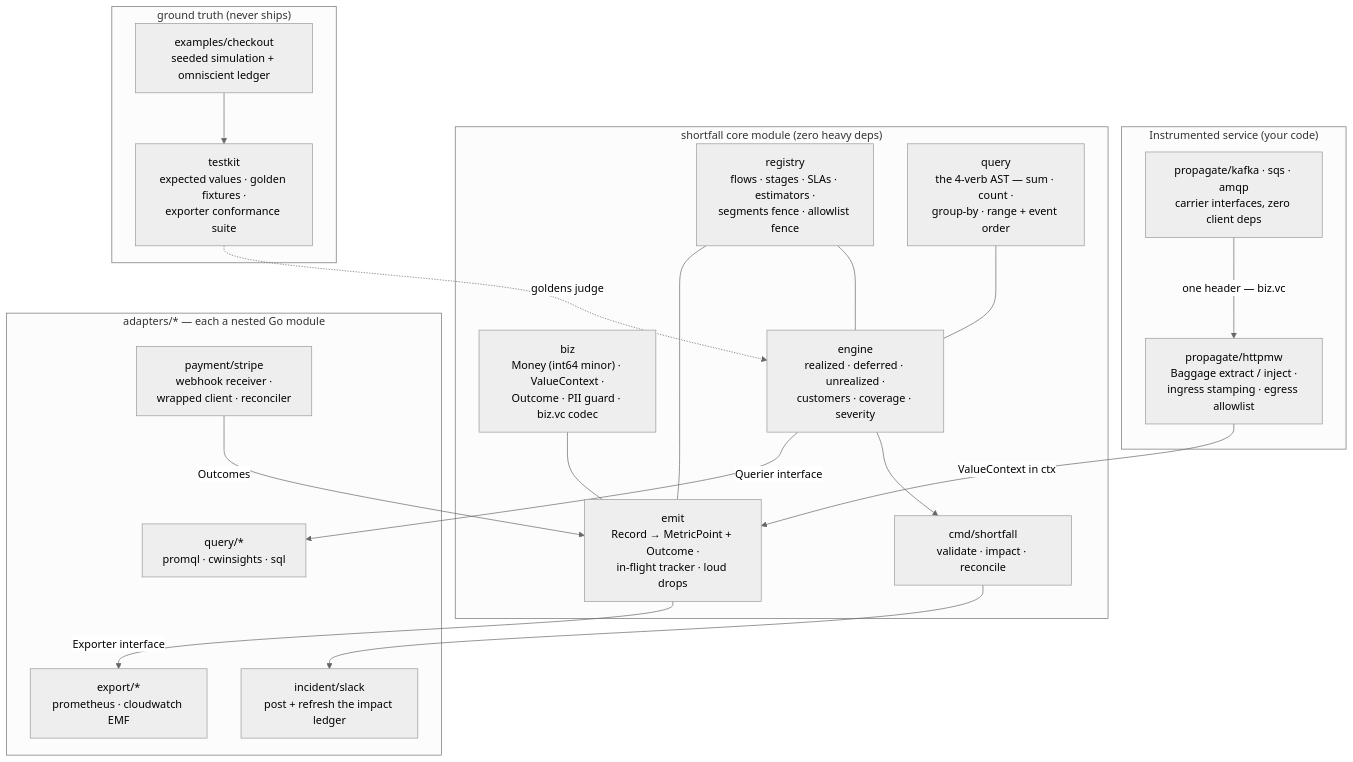
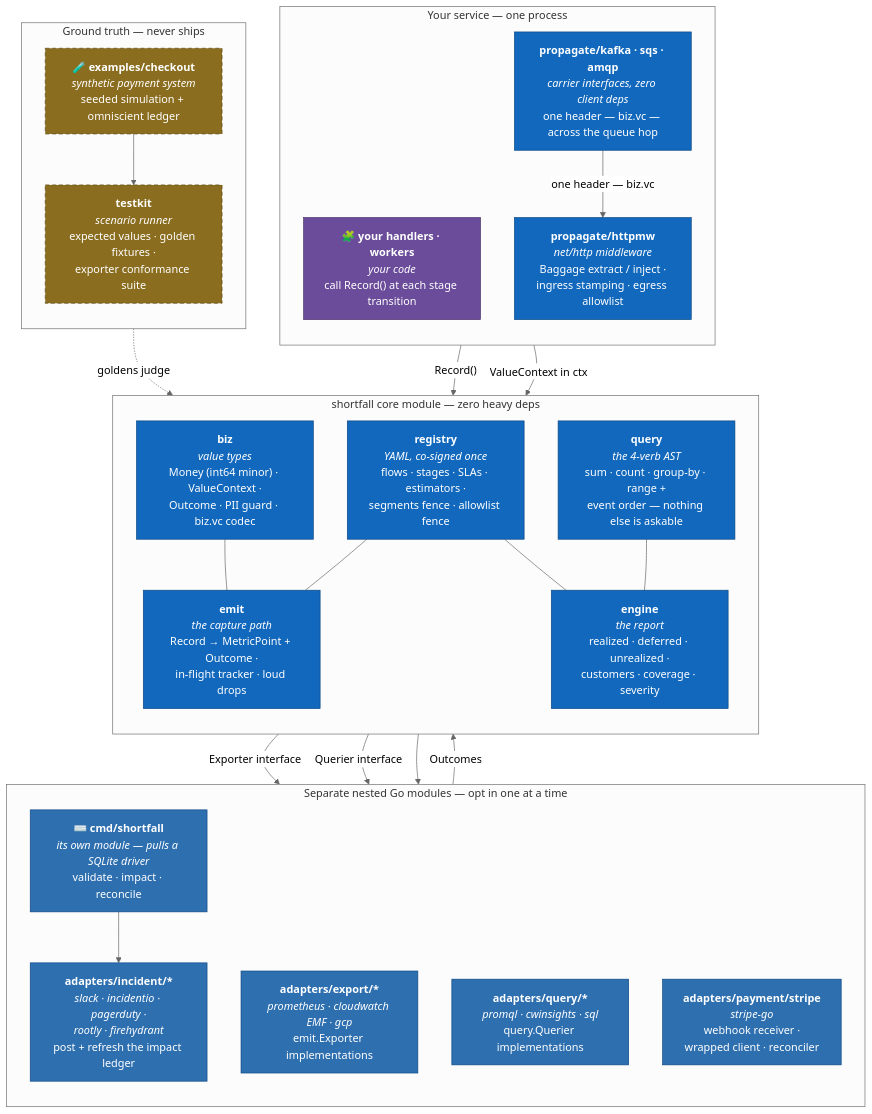
The diagram in docs/architecture/c4-l2-containers.md (NightWatchEng/shortfall), drawn with Mermaid (neutral theme) before and after one commit. The commit also changed other lines of this file and 4 other files, not shown here.

First line of the commit message:
docs: diagram stencil + the C4 set redrawn to it (workspace-7d2)

````diff
--- a/docs/architecture/c4-l2-containers.md
+++ b/docs/architecture/c4-l2-containers.md
@@ -7,42 +13,57 @@
 ```mermaid
 flowchart TB
-    subgraph app["Instrumented service (your code)"]
-        MW["propagate/httpmw<br/>Baggage extract / inject ·<br/>ingress stamping · egress allowlist"]
-        CARRIERS["propagate/kafka · sqs · amqp<br/>carrier interfaces, zero client deps"]
+    subgraph app["Your service — one process"]
+        direction TB
+        CODE["🧩 <b>your handlers · workers</b><br/><i>your code</i><br/>call Record() at each stage transition"]
+        MW["<b>propagate/httpmw</b><br/><i>net/http middleware</i><br/>Baggage extract / inject ·<br/>ingress stamping · egress allowlist"]
+        CARRIERS["<b>propagate/kafka · sqs · amqp</b><br/><i>carrier interfaces, zero client deps</i><br/>one header — biz.vc — across the queue hop"]
     end
 
-    subgraph core["shortfall core module (zero heavy deps)"]
-        BIZ["biz<br/>Money (int64 minor) · ValueContext ·<br/>Outcome · PII guard · biz.vc codec"]
-        REG["registry<br/>flows · stages · SLAs · estimators ·<br/>segments fence · allowlist fence"]
-        EMIT["emit<br/>Record → MetricPoint + Outcome ·<br/>in-flight tracker · loud drops"]
-        QUERY["query<br/>the 4-verb AST — sum · count ·<br/>group-by · range + event order"]
-        ENGINE["engine<br/>realized · deferred · unrealized ·<br/>customers · coverage · severity"]
-        CLI["cmd/shortfall<br/>validate · impact · reconcile"]
+    subgraph core["shortfall core module — zero heavy deps"]
+        direction TB
+        BIZ["<b>biz</b><br/><i>value types</i><br/>Money (int64 minor) · ValueContext ·<br/>Outcome · PII guard · biz.vc codec"]
+        REG["<b>registry</b><br/><i>YAML, co-signed once</i><br/>flows · stages · SLAs · estimators ·<br/>segments fence · allowlist fence"]
+        EMIT["<b>emit</b><br/><i>the capture path</i><br/>Record → MetricPoint + Outcome ·<br/>in-flight tracker · loud drops"]
+        QUERY["<b>query</b><br/><i>the 4-verb AST</i><br/>sum · count · group-by · range +<br/>event order — nothing else is askable"]
+        ENGINE["<b>engine</b><br/><i>the report</i><br/>realized · deferred · unrealized ·<br/>customers · coverage · severity"]
     end
 
-    subgraph adapters["adapters/* — each a nested Go module"]
-        EXP["export/*<br/>prometheus · cloudwatch EMF"]
-        QAD["query/*<br/>promql · cwinsights · sql"]
-        PAY["payment/stripe<br/>webhook receiver ·<br/>wrapped client · reconciler"]
-        INC["incident/slack<br/>post + refresh the impact ledger"]
+    subgraph optin["Separate nested Go modules — opt in one at a time"]
+        direction TB
+        CLI["⌨️ <b>cmd/shortfall</b><br/><i>its own module — pulls a SQLite driver</i><br/>validate · impact · reconcile"]
+        EXP["<b>adapters/export/*</b><br/><i>prometheus · cloudwatch EMF · gcp</i><br/>emit.Exporter implementations"]
+        QAD["<b>adapters/query/*</b><br/><i>promql · cwinsights · sql</i><br/>query.Querier implementations"]
+        PAY["<b>adapters/payment/stripe</b><br/><i>stripe-go</i><br/>webhook receiver ·<br/>wrapped client · reconciler"]
+        INC["<b>adapters/incident/*</b><br/><i>slack · incidentio · pagerduty ·<br/>rootly · firehydrant</i><br/>post + refresh the impact ledger"]
     end
 
-    subgraph verify["ground truth (never ships)"]
-        HARNESS["examples/checkout<br/>seeded simulation + omniscient ledger"]
-        TESTKIT["testkit<br/>expected values · golden fixtures ·<br/>exporter conformance suite"]
+    subgraph verify["Ground truth — never ships"]
+        direction TB
+        HARNESS["🧪 <b>examples/checkout</b><br/><i>synthetic payment system</i><br/>seeded simulation + omniscient ledger"]
+        TESTKIT["<b>testkit</b><br/><i>scenario runner</i><br/>expected values · golden fixtures ·<br/>exporter conformance suite"]
     end
 
+    CODE -->|"Record()"| EMIT
     MW -->|"ValueContext in ctx"| EMIT
     CARRIERS -->|"one header — biz.vc"| MW
     BIZ --- EMIT
     REG --- EMIT
     EMIT -->|"Exporter interface"| EXP
     ENGINE -->|"Querier interface"| QAD
     REG --- ENGINE
     QUERY --- ENGINE
     PAY -->|"Outcomes"| EMIT
     ENGINE --> CLI
     CLI --> INC
     HARNESS --> TESTKIT
     TESTKIT -.->|"goldens judge"| ENGINE
+
+    classDef yours   fill:#6b4c9a,stroke:#4a3369,color:#fff;
+    classDef core    fill:#1168bd,stroke:#0b4884,color:#fff;
+    classDef optin   fill:#2e6fb0,stroke:#0b4884,color:#fff;
+    classDef harness fill:#8a6d1f,stroke:#5c4814,color:#fff,stroke-dasharray:6 4;
+    class CODE yours;
+    class MW,CARRIERS,BIZ,REG,EMIT,QUERY,ENGINE core;
+    class CLI,EXP,QAD,PAY,INC optin;
+    class HARNESS,TESTKIT harness;
 ```
````
